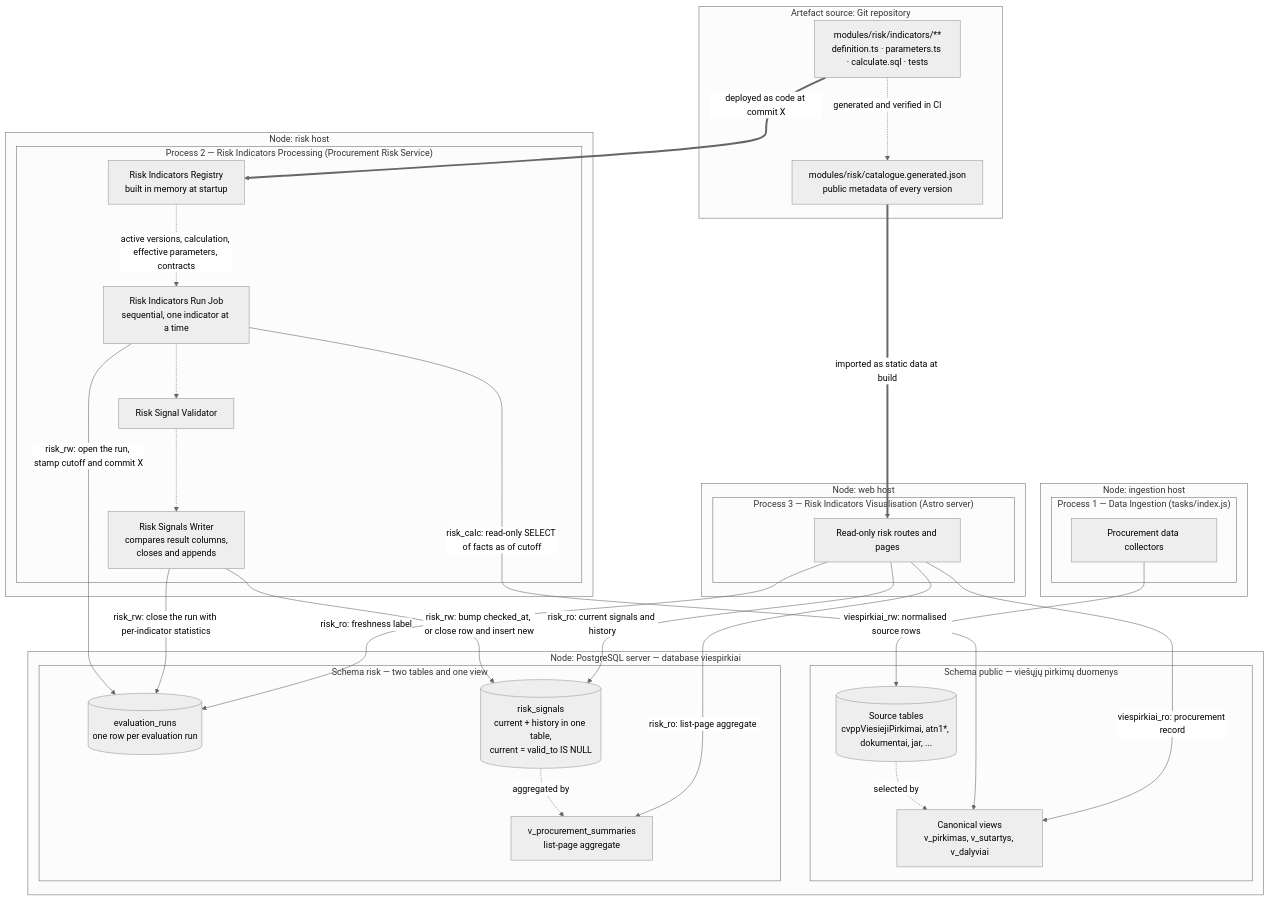
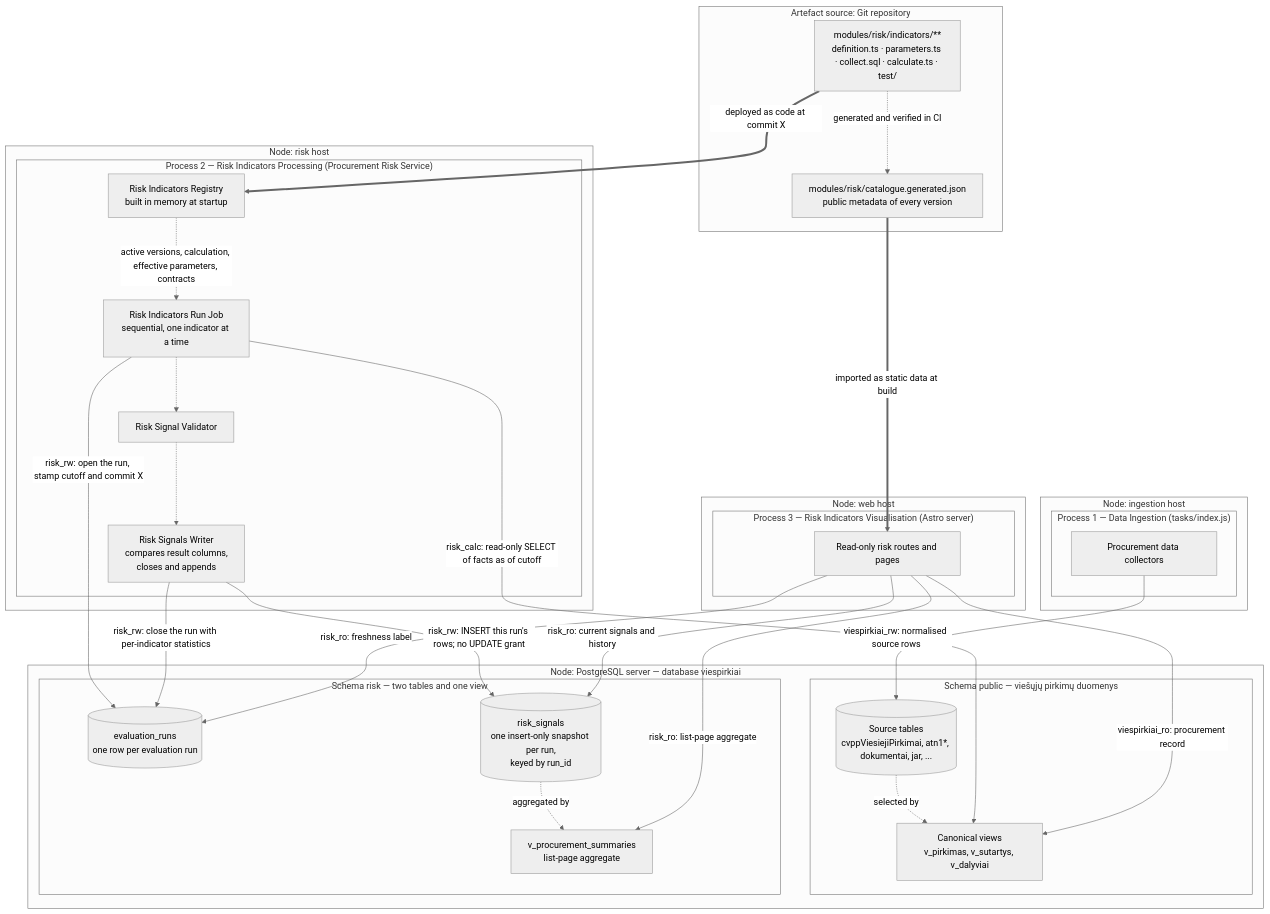
The first of 7 diagrams in docs/indicators-story/risk-service-architecture.md (Viespirkiu-grupe/viespirkiai), drawn with Mermaid (neutral theme) before and after one commit. The commit also changed other lines of this file and 16 other files, not shown here.

Commit message:
removed update, risk signals retrieved by the run id

````diff
--- a/docs/indicators-story/risk-service-architecture.md
+++ b/docs/indicators-story/risk-service-architecture.md
@@ -95,57 +97,57 @@
 ```mermaid
 flowchart TB
     subgraph nGit["Artefact source: Git repository"]
-        gDef["modules/risk/indicators/**<br/>definition.ts · parameters.ts · calculate.sql · tests"]
+        gDef["modules/risk/indicators/**<br/>definition.ts · parameters.ts · collect.sql · calculate.ts · test/"]
         gCat["modules/risk/catalogue.generated.json<br/>public metadata of every version"]
         gDef -.->|" generated and verified in CI "| gCat
     end
 
     subgraph nIngest["Node: ingestion host"]
         subgraph pIng["Process 1 — Data Ingestion (tasks/index.js)"]
             pIngest["Procurement data collectors"]
         end
     end
 
     subgraph nRisk["Node: risk host"]
         subgraph pRisk["Process 2 — Risk Indicators Processing (Procurement Risk Service)"]
             pReg["Risk Indicators Registry<br/>built in memory at startup"]
             pJob["Risk Indicators Run Job<br/>sequential, one indicator at a time"]
             pVal["Risk Signal Validator"]
             pPub["Risk Signals Writer<br/>compares result columns,<br/>closes and appends"]
             pReg -.->|" active versions, calculation, effective parameters, contracts "| pJob
             pJob -.-> pVal -.-> pPub
         end
     end
 
     subgraph nWeb["Node: web host"]
         subgraph pVis["Process 3 — Risk Indicators Visualisation (Astro server)"]
             pWeb["Read-only risk routes and pages"]
         end
     end
 
     subgraph nDb["Node: PostgreSQL server — database viespirkiai"]
         subgraph sPublic["Schema public — viešųjų pirkimų duomenys"]
             dSrc[("Source tables<br/>cvppViesiejiPirkimai, atn1*, dokumentai, jar, ...")]
             dView["Canonical views<br/>v_pirkimas, v_sutartys, v_dalyviai"]
             dSrc -.->|" selected by "| dView
         end
         subgraph sRisk["Schema risk — two tables and one view"]
             dRun[("evaluation_runs<br/>one row per evaluation run")]
-            dSig[("risk_signals<br/>current + history in one table,<br/>current = valid_to IS NULL")]
+            dSig[("risk_signals<br/>one insert-only snapshot per run,<br/>keyed by run_id")]
             dSum["v_procurement_summaries<br/>list-page aggregate"]
             dSig -.->|" aggregated by "| dSum
         end
     end
 
     gDef ==>|" deployed as code at commit X "| pReg
     gCat ==>|" imported as static data at build "| pWeb
     pIngest -->|" viespirkiai_rw: normalised source rows "| dSrc
     pJob -->|" risk_rw: open the run, stamp cutoff and commit X "| dRun
     pJob -->|" risk_calc: read-only SELECT of facts as of cutoff "| dView
-    pPub -->|" risk_rw: bump checked_at, or close row and insert new "| dSig
+    pPub -->|" risk_rw: INSERT this run's rows; no UPDATE grant "| dSig
     pPub -->|" risk_rw: close the run with per-indicator statistics "| dRun
     pWeb -->|" risk_ro: current signals and history "| dSig
     pWeb -->|" risk_ro: list-page aggregate "| dSum
     pWeb -->|" risk_ro: freshness label "| dRun
     pWeb -->|" viespirkiai_ro: procurement record "| dView
 ```
````
